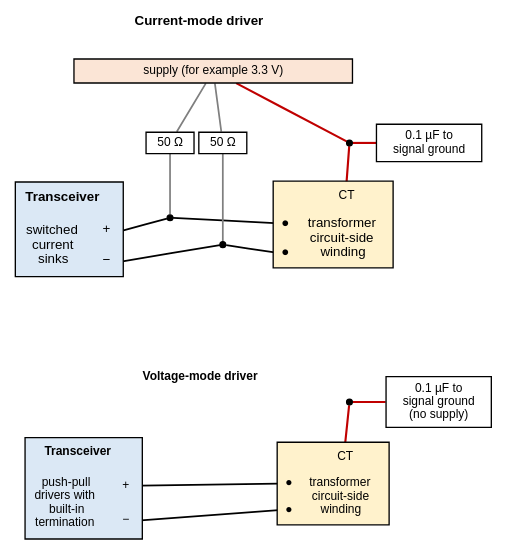
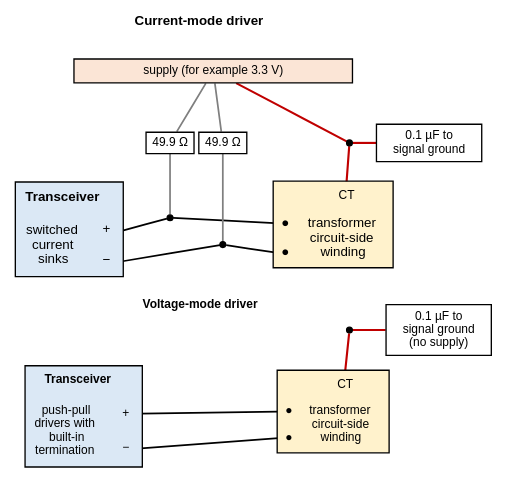
One commit to mithro/evampire changed the diagram in docs/ethernet/magnetics/centre-tap-bias.dot. Above: the diagram before and after it, drawn with Graphviz. The commit also changed 3 other files, not shown here.

Commit message:
Fix magnetics diagrams from review: 49.9 ohm, gaps, overlaps, no page names inside drawings

```diff
--- a/docs/ethernet/magnetics/centre-tap-bias.dot
+++ b/docs/ethernet/magnetics/centre-tap-bias.dot
@@ -1,79 +1,79 @@
 // Circuit-side centre tap for the two kinds of transceiver line driver.
 // One pair is shown; each of the four pairs is wired the same way.
 //
 // SPDX-License-Identifier: Apache-2.0
 
 graph centre_tap_bias {
     graph [layout=neato, splines=line, fontname="Helvetica", fontsize=11,
            outputorder=edgesfirst];
     node  [fontname="Helvetica", fontsize=10, shape=plain, pin=true];
     edge  [penwidth=1.3];
 
     // ---- Current-mode driver (left). ----
     t1 [pos="1.5,3.55!", label=<<b>Current-mode driver</b>>];
 
     rail1 [pos="1.5,3.05!", shape=box, style=filled, fillcolor="#fbe5d6",
            width=2.9, height=0.25, fixedsize=true, fontsize=9,
            label="supply (for example 3.3 V)"];
 
     drv1 [pos="0,1.4!", label=<
       <table border="1" cellborder="0" cellspacing="0" cellpadding="6" bgcolor="#dbe8f5">
         <tr><td colspan="2"><b>Transceiver</b></td></tr>
         <tr><td rowspan="2">switched<br/>current<br/>sinks</td><td port="p" align="right">+</td></tr>
         <tr><td port="n" align="right">−</td></tr>
       </table>>];
 
     x1 [pos="2.75,1.45!", label=<
       <table border="1" cellborder="0" cellspacing="0" cellpadding="5" bgcolor="#fff2cc">
         <tr><td></td><td port="ct"><font point-size="9">CT</font></td></tr>
         <tr><td port="p">●</td><td rowspan="2">transformer<br/>circuit-side<br/>winding</td></tr>
         <tr><td port="n">●</td></tr>
       </table>>];
 
     node [shape=box, fixedsize=true, width=0.5, height=0.22, fontsize=9];
-    r1p [pos="1.05,2.3!", label="50 Ω"];
-    r1n [pos="1.6,2.3!", label="50 Ω"];
+    r1p [pos="1.05,2.3!", label="49.9 Ω"];
+    r1n [pos="1.6,2.3!", label="49.9 Ω"];
 
     node [shape=point, width=0.06, style=filled, fillcolor="#000000", fixedsize=false];
     j1p [pos="1.05,1.52!"];
     j1n [pos="1.6,1.24!"];
     jct1 [pos="2.92,2.3!"];
 
     c1 [pos="3.75,2.3!", shape=box, style="", fontsize=9, label="0.1 µF to\nsignal ground"];
 
     drv1:p -- j1p -- x1:p;
     drv1:n -- j1n -- x1:n;
     j1p -- r1p -- rail1 [color="#7f7f7f"];
     j1n -- r1n -- rail1 [color="#7f7f7f"];
     x1:ct -- jct1 [color="#c00000", penwidth=1.6];
     jct1 -- rail1 [color="#c00000", penwidth=1.6];
     jct1 -- c1 [color="#c00000", penwidth=1.6];
 
     // ---- Voltage-mode driver (below). ----
     node [shape=plain, style="", width=0, height=0];
-    t2 [pos="1.50,-0.15!", label=<<b>Voltage-mode driver</b>>];
+    t2 [pos="1.50,0.60!", label=<<b>Voltage-mode driver</b>>];
 
-    drv2 [pos="0.15,-1.30!", label=<
+    drv2 [pos="0.15,-0.55!", label=<
       <table border="1" cellborder="0" cellspacing="0" cellpadding="6" bgcolor="#dbe8f5">
         <tr><td colspan="2"><b>Transceiver</b></td></tr>
         <tr><td rowspan="2">push-pull<br/>drivers with<br/>built-in<br/>termination</td><td port="p" align="right">+</td></tr>
         <tr><td port="n" align="right">−</td></tr>
       </table>>];
 
-    x2 [pos="2.75,-1.25!", label=<
+    x2 [pos="2.75,-0.50!", label=<
       <table border="1" cellborder="0" cellspacing="0" cellpadding="5" bgcolor="#fff2cc">
         <tr><td></td><td port="ct"><font point-size="9">CT</font></td></tr>
         <tr><td port="p">●</td><td rowspan="2">transformer<br/>circuit-side<br/>winding</td></tr>
         <tr><td port="n">●</td></tr>
       </table>>];
 
-    jct2 [pos="2.92,-0.40!", shape=point, width=0.06, height=0.06, style=filled,
+    jct2 [pos="2.92,0.35!", shape=point, width=0.06, height=0.06, style=filled,
           fillcolor="#000000"];
-    c2 [pos="3.85,-0.40!", shape=box, style="", fontsize=9,
+    c2 [pos="3.85,0.35!", shape=box, style="", fontsize=9,
         label="0.1 µF to\nsignal ground\n(no supply)"];
 
     drv2:p -- x2:p;
     drv2:n -- x2:n;
     x2:ct -- jct2 [color="#c00000", penwidth=1.6];
     jct2 -- c2 [color="#c00000", penwidth=1.6];
 }
```
